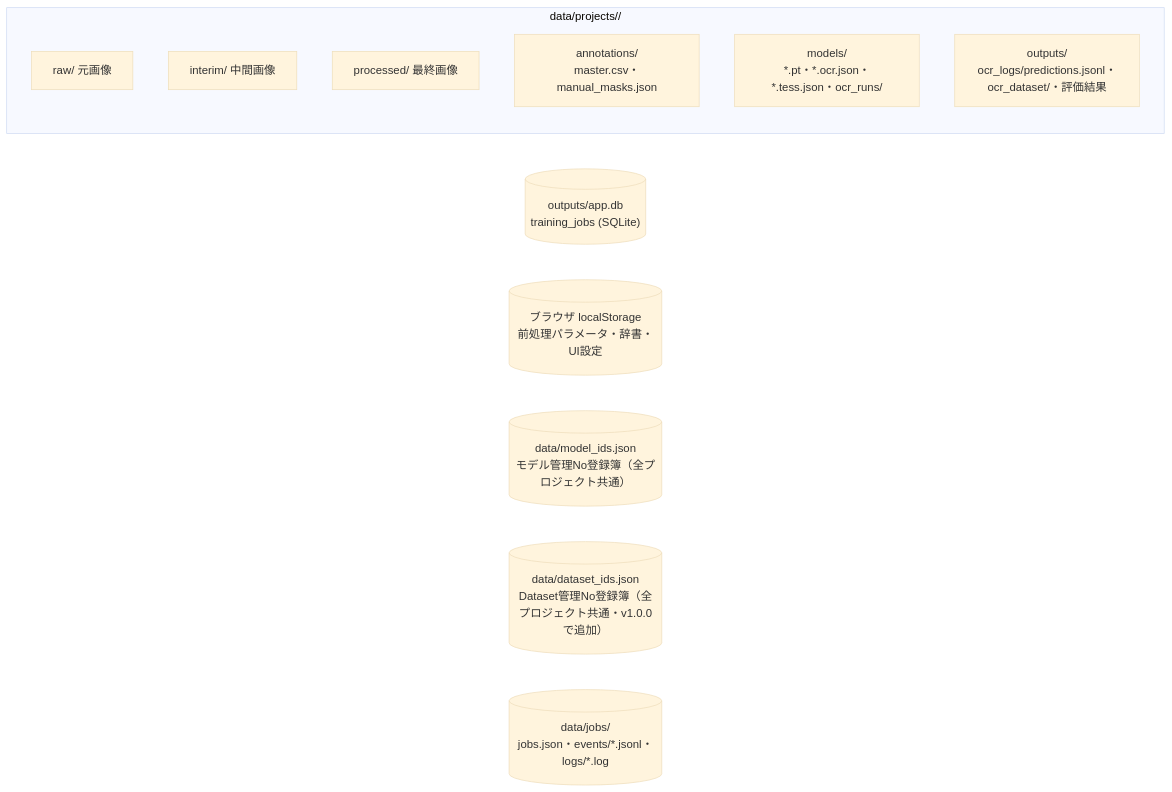
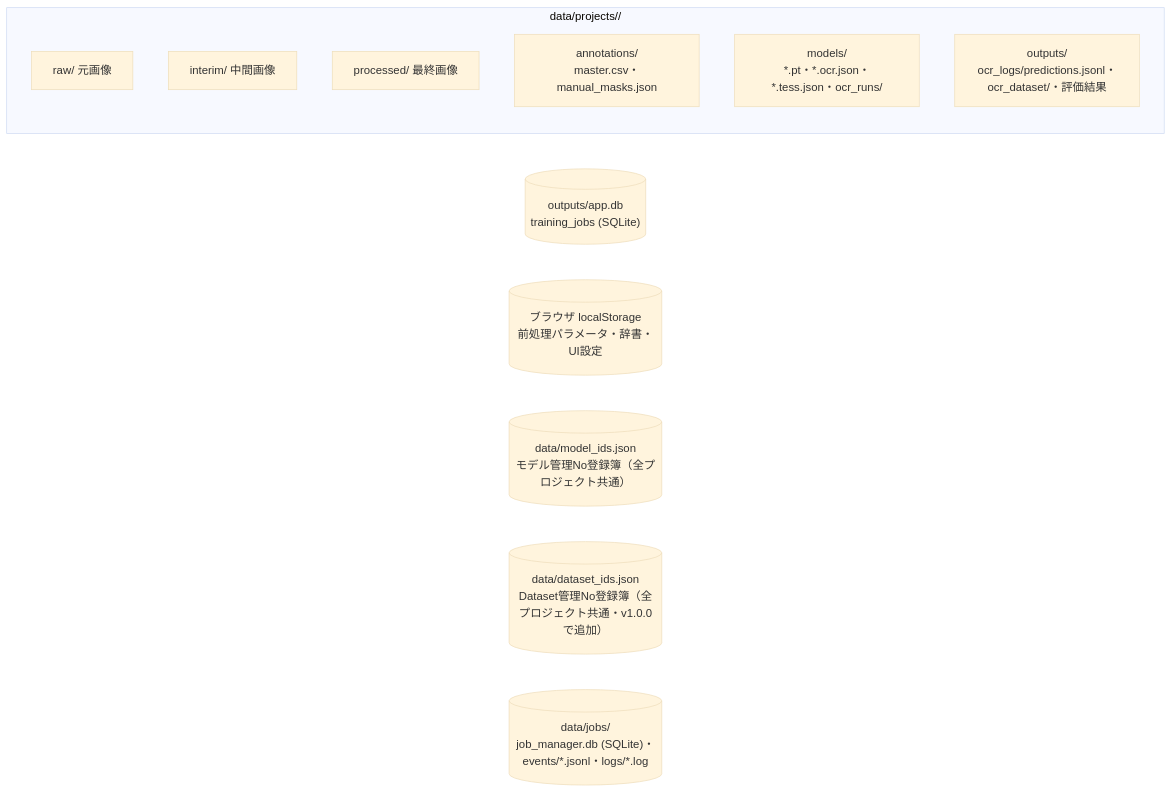
Before and after one commit to bs-shashimoto2048/OCR_Crafter: the second of 2 diagrams in docs/17_DATAFLOW.md, drawn with Mermaid (base theme). The commit also changed other lines of this file and 9 other files, not shown here.

````diff
--- a/docs/17_DATAFLOW.md
+++ b/docs/17_DATAFLOW.md
@@ -100,16 +100,16 @@
 ```mermaid
 flowchart LR
     subgraph FS["data/projects/<project_id>/"]
         RAW["raw/ 元画像"]
         INT["interim/ 中間画像"]
         PRC["processed/ 最終画像"]
         ANN["annotations/<br/>master.csv・manual_masks.json"]
         MDL["models/<br/>*.pt・*.ocr.json・*.tess.json・ocr_runs/"]
         OUT["outputs/<br/>ocr_logs/predictions.jsonl・ocr_dataset/・評価結果"]
     end
     DB[("outputs/app.db<br/>training_jobs (SQLite)")]
     LS[("ブラウザ localStorage<br/>前処理パラメータ・辞書・UI設定")]
     MID[("data/model_ids.json<br/>モデル管理No登録簿（全プロジェクト共通）")]
     DSID[("data/dataset_ids.json<br/>Dataset管理No登録簿（全プロジェクト共通・v1.0.0で追加）")]
-    JOBS[("data/jobs/<br/>jobs.json・events/*.jsonl・logs/*.log")]
+    JOBS[("data/jobs/<br/>job_manager.db (SQLite)・events/*.jsonl・logs/*.log")]
 ```
````
